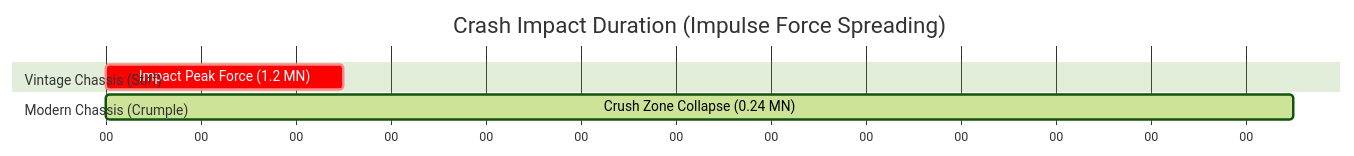
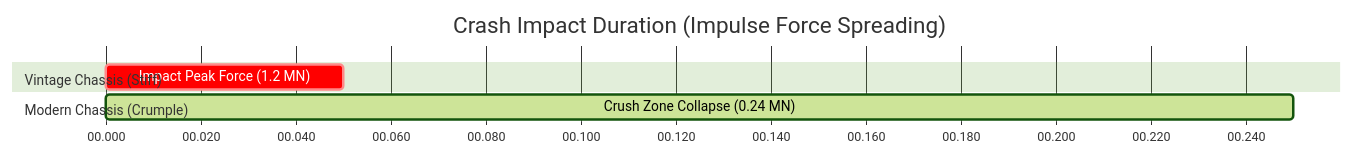
Before and after one commit to abuhanif254/Calculator-Hub: the fifth of 5 diagrams in content/en/momentum-calculator.md, drawn with Mermaid (forest theme). The commit also changed 82 other files, not shown here.

````diff
--- a/content/en/momentum-calculator.md
+++ b/content/en/momentum-calculator.md
@@ -406,10 +406,10 @@
 ```mermaid
 gantt
     title Crash Impact Duration (Impulse Force Spreading)
-    dateFormat  s
-    axisFormat %S
+    dateFormat  HH:mm:ss.SSS
+    axisFormat  %S.%L
     section Vintage Chassis (Stiff)
-    Impact Peak Force (1.2 MN) :crit, 0, 0.05s
+    Impact Peak Force (1.2 MN) :crit, 00:00:00.000, 00:00:00.050
     section Modern Chassis (Crumple)
-    Crush Zone Collapse (0.24 MN) :active, 0, 0.25s
+    Crush Zone Collapse (0.24 MN) :active, 00:00:00.000, 00:00:00.250
 ```
````
